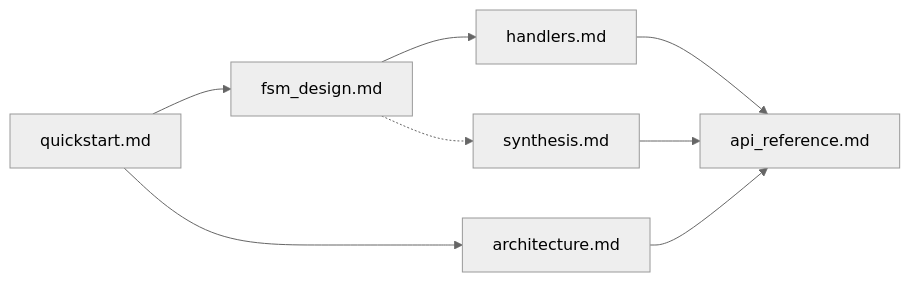
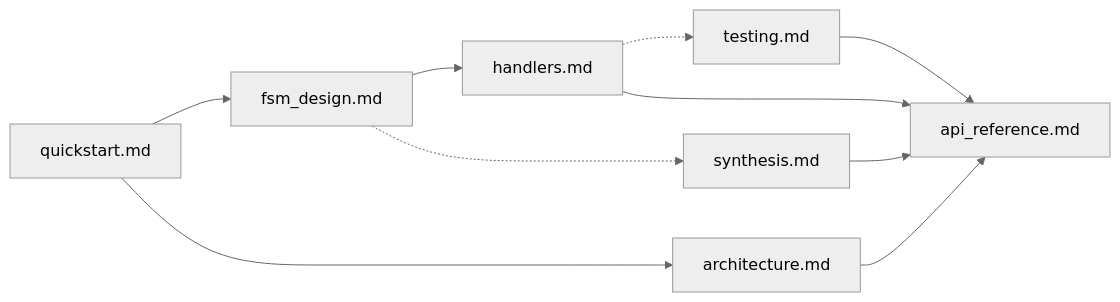
Before and after one commit to NikolasMarkou/fsm_llm: the diagram in docs/README.md, drawn with Mermaid (neutral theme). The commit also changed other lines of this file and 16 other files, not shown here.

````diff
--- a/docs/README.md
+++ b/docs/README.md
@@ -18,9 +18,11 @@
 ```mermaid
 flowchart LR
     Q[quickstart.md] --> D[fsm_design.md] --> H[handlers.md]
     Q --> A[architecture.md]
     D -.-> S[synthesis.md]
+    H -.-> T[testing.md]
     H --> R[api_reference.md]
     A --> R
     S --> R
+    T --> R
 ```
````
